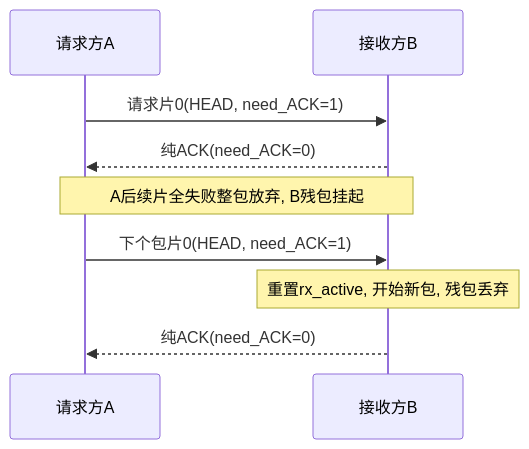
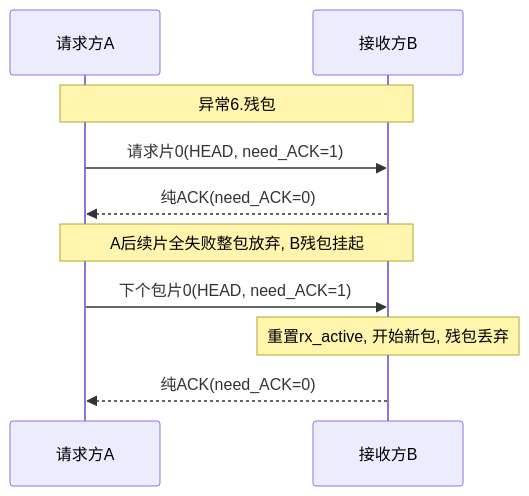
Before and after one commit to Siaiai/ObsidianNote: diagram 12 of 13 in 工作/项目/代码/260401S3分拣面板-SIA-R9000P.md, drawn with Mermaid. The commit also changed other lines of this file and 1 other file, not shown here.

````diff
--- a/工作/项目/代码/260401S3分拣面板-SIA-R9000P.md
+++ b/工作/项目/代码/260401S3分拣面板-SIA-R9000P.md
@@ -255,11 +265,12 @@
 ```mermaid
 sequenceDiagram
     participant A as 请求方A
     participant B as 接收方B
+    Note over A,B: 异常6.残包
     A->>B: 请求片0(HEAD, need_ACK=1)
     B-->>A: 纯ACK(need_ACK=0)
     Note over A,B: A后续片全失败整包放弃, B残包挂起
     A->>B: 下个包片0(HEAD, need_ACK=1)
     Note over B: 重置rx_active, 开始新包, 残包丢弃
     B-->>A: 纯ACK(need_ACK=0)
 ```
````
